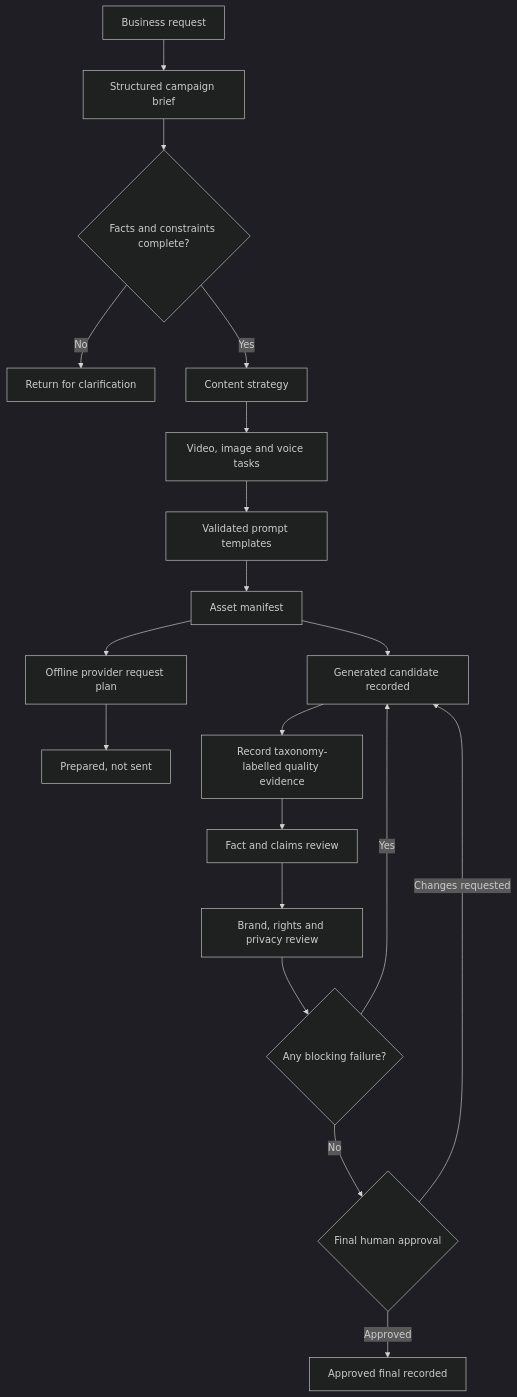
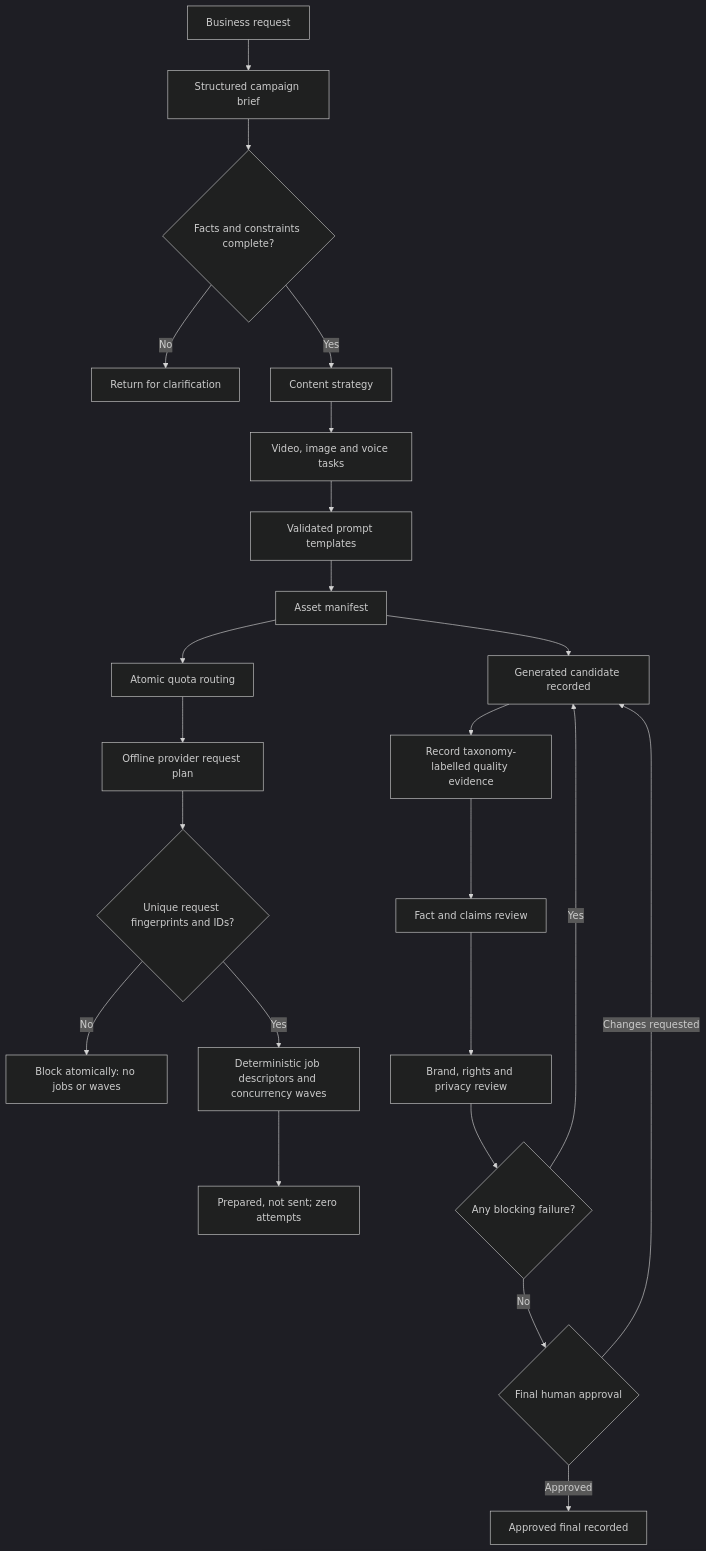
Before and after one commit to magicyao2028-pixel/aigc-content-production-studio: the diagram in docs/BUSINESS_FLOW.md, drawn with Mermaid (dark theme). The commit also changed other lines of this file and 22 other files, not shown here.

````diff
--- a/docs/BUSINESS_FLOW.md
+++ b/docs/BUSINESS_FLOW.md
@@ -5,21 +5,25 @@
 ```mermaid
 flowchart TB
     R[Business request] --> B[Structured campaign brief]
     B --> V{Facts and constraints complete?}
     V -->|No| C[Return for clarification]
     V -->|Yes| S[Content strategy]
     S --> T[Video, image and voice tasks]
     T --> PT[Validated prompt templates]
     PT --> M[Asset manifest]
-    M --> RP[Offline provider request plan]
-    RP --> WAIT[Prepared, not sent]
+    M --> QP[Atomic quota routing]
+    QP --> RP[Offline provider request plan]
+    RP --> EP{Unique request fingerprints and IDs?}
+    EP -->|No| BLOCK[Block atomically: no jobs or waves]
+    EP -->|Yes| SCHED[Deterministic job descriptors and concurrency waves]
+    SCHED --> WAIT[Prepared, not sent; zero attempts]
     M --> CAND[Generated candidate recorded]
     CAND --> Q[Record taxonomy-labelled quality evidence]
     Q --> F[Fact and claims review]
     F --> P[Brand, rights and privacy review]
     P --> A{Any blocking failure?}
     A -->|Yes| CAND
     A -->|No| H{Final human approval}
     H -->|Approved| X[Approved final recorded]
     H -->|Changes requested| CAND
 ```
````
